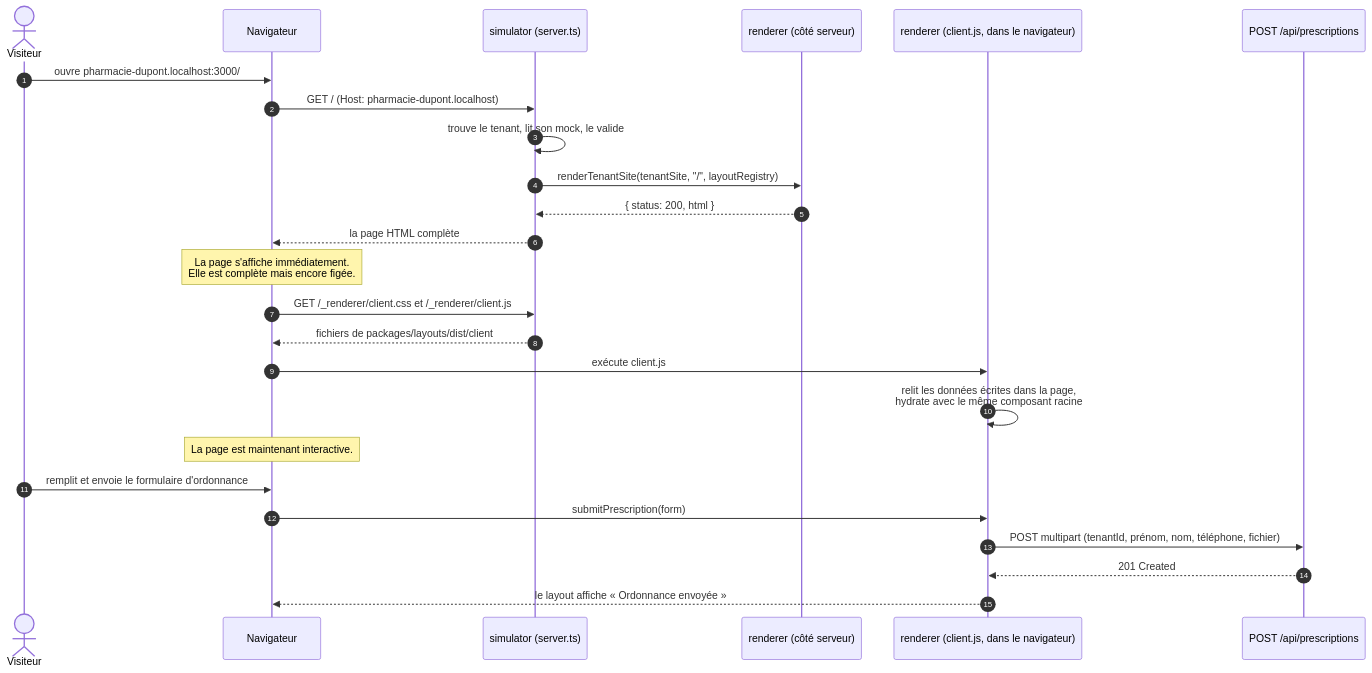
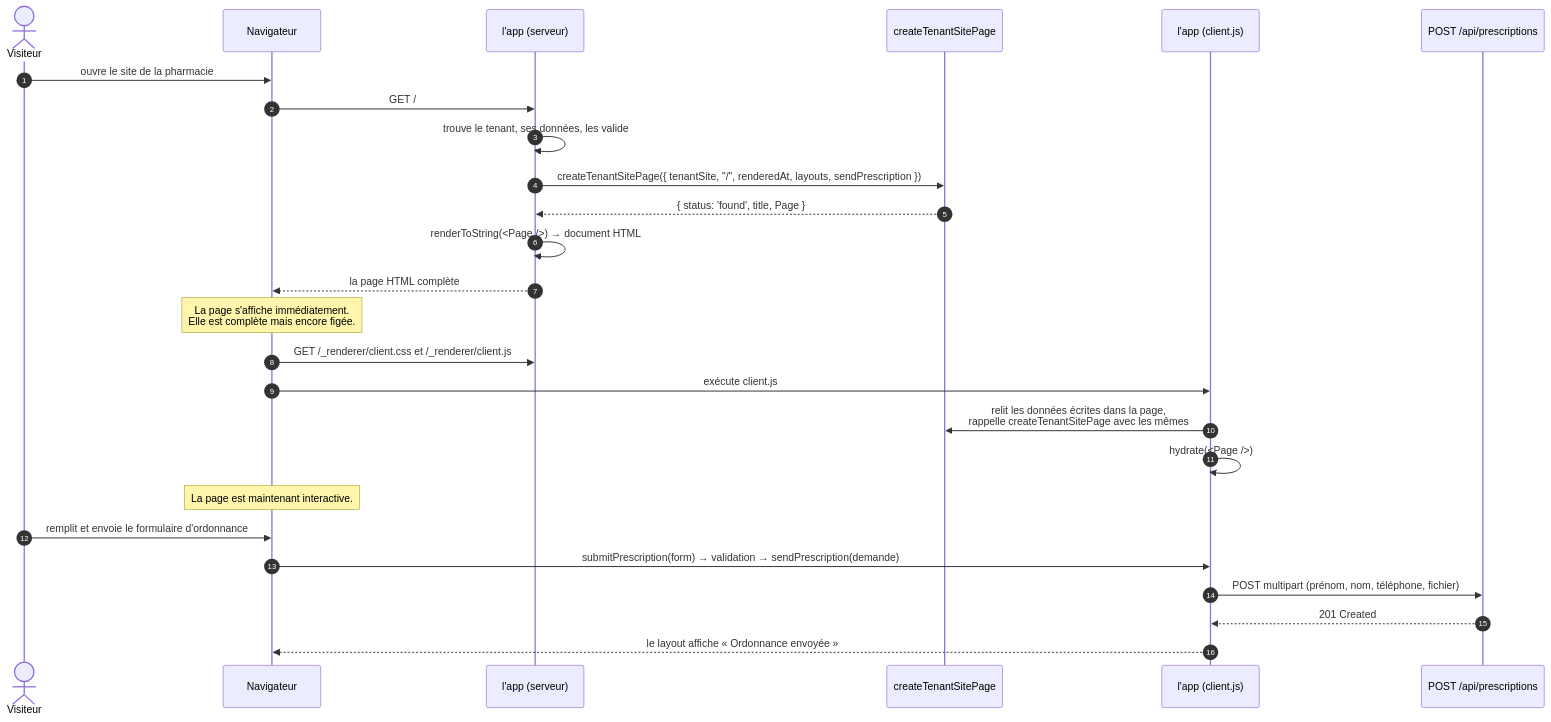
Before and after one commit to BastienGRNT/crystal_pharm: the second of 8 diagrams in app/engine/docs/fonctionnement-complet.md, drawn with Mermaid. The commit also changed other lines of this file and 70 other files, not shown here.

First line of the commit message:
refactor(renderer): un moteur pur, des layouts sans build et leur manifeste

````diff
--- a/app/engine/docs/fonctionnement-complet.md
+++ b/app/engine/docs/fonctionnement-complet.md
@@ -55,28 +57,29 @@
 ```mermaid
 sequenceDiagram
     autonumber
     actor Visitor as Visiteur
     participant Browser as Navigateur
-    participant Server as simulator (server.ts)
-    participant Engine as renderer (côté serveur)
-    participant Client as renderer (client.js, dans le navigateur)
+    participant Server as l'app (serveur)
+    participant Engine as createTenantSitePage
+    participant Client as l'app (client.js)
     participant Api as POST /api/prescriptions
 
-    Visitor->>Browser: ouvre pharmacie-dupont.localhost:3000/
-    Browser->>Server: GET /  (Host: pharmacie-dupont.localhost)
-    Server->>Server: trouve le tenant, lit son mock, le valide
-    Server->>Engine: renderTenantSite(tenantSite, "/", layoutRegistry)
-    Engine-->>Server: { status: 200, html }
+    Visitor->>Browser: ouvre le site de la pharmacie
+    Browser->>Server: GET /
+    Server->>Server: trouve le tenant, ses données, les valide
+    Server->>Engine: createTenantSitePage({ tenantSite, "/", renderedAt, layouts, sendPrescription })
+    Engine-->>Server: { status: 'found', title, Page }
+    Server->>Server: renderToString(<Page />) → document HTML
     Server-->>Browser: la page HTML complète
     Note over Browser: La page s'affiche immédiatement.<br/>Elle est complète mais encore figée.
     Browser->>Server: GET /_renderer/client.css et /_renderer/client.js
-    Server-->>Browser: fichiers de packages/layouts/dist/client
     Browser->>Client: exécute client.js
-    Client->>Client: relit les données écrites dans la page,<br/>hydrate avec le même composant racine
+    Client->>Engine: relit les données écrites dans la page,<br/>rappelle createTenantSitePage avec les mêmes
+    Client->>Client: hydrate(<Page />)
     Note over Browser: La page est maintenant interactive.
     Visitor->>Browser: remplit et envoie le formulaire d'ordonnance
-    Browser->>Client: submitPrescription(form)
-    Client->>Api: POST multipart (tenantId, prénom, nom, téléphone, fichier)
+    Browser->>Client: submitPrescription(form) → validation → sendPrescription(demande)
+    Client->>Api: POST multipart (prénom, nom, téléphone, fichier)
     Api-->>Client: 201 Created
     Client-->>Browser: le layout affiche « Ordonnance envoyée »
 ```
````
